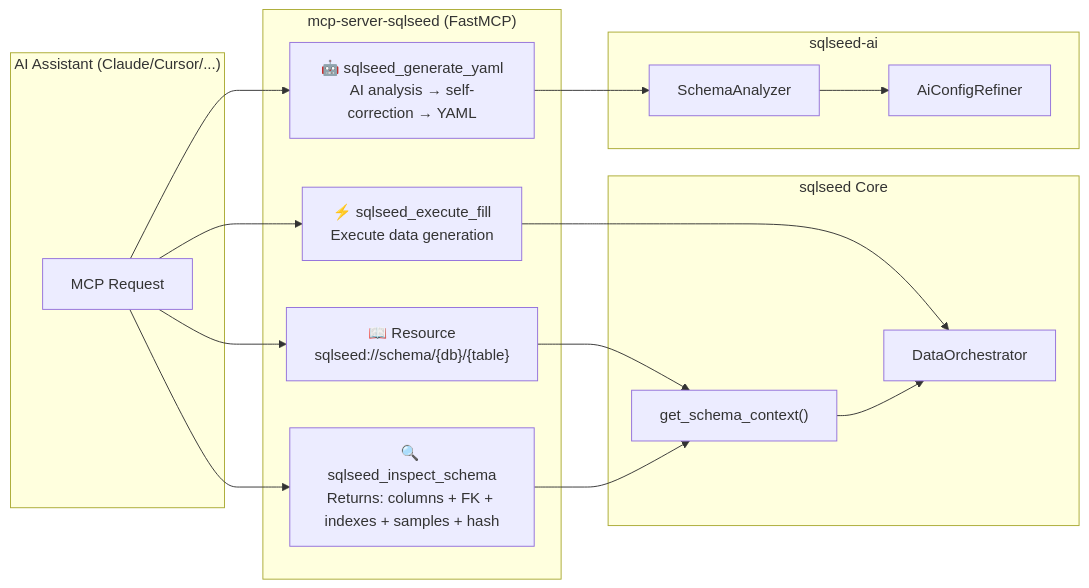
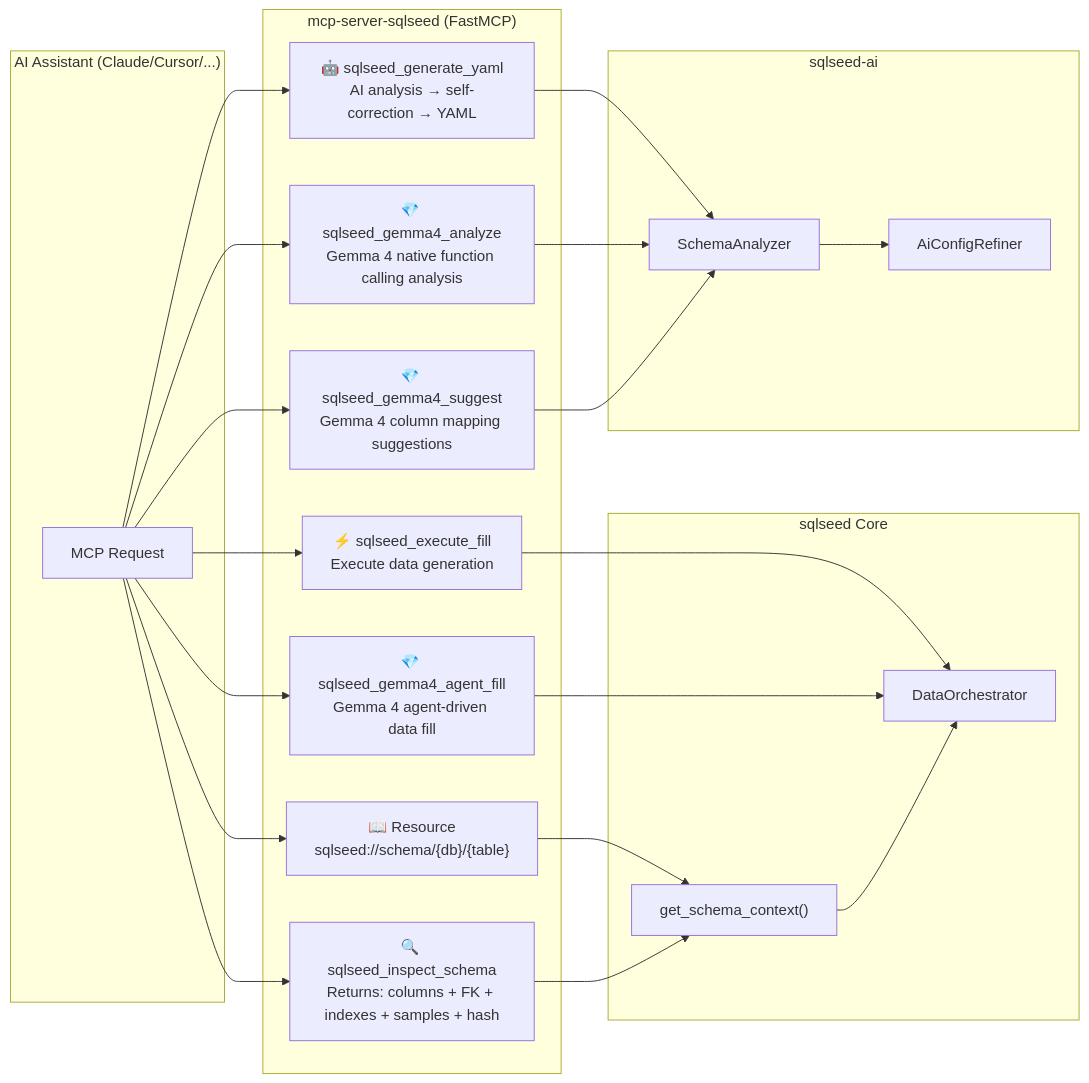
Before and after one commit to sunbos/sqlseed: the tenth of 11 diagrams in docs/architecture.md, drawn with Mermaid. The commit also changed other lines of this file and 22 other files, not shown here.

First line of the commit message:
feat(ai): integrate Gemma 4 with Native Function Calling and multi-backend support

````diff
--- a/docs/architecture.md
+++ b/docs/architecture.md
@@ -617,35 +627,44 @@
 ```mermaid
 flowchart LR
     subgraph Client["AI Assistant (Claude/Cursor/...)"]
         Request["MCP Request"]
     end
 
     subgraph MCPServer["mcp-server-sqlseed (FastMCP)"]
         Resource["📖 Resource<br/>sqlseed://schema/{db}/{table}"]
         Tool1["🔍 sqlseed_inspect_schema<br/>Returns: columns + FK + indexes + samples + hash"]
         Tool2["🤖 sqlseed_generate_yaml<br/>AI analysis → self-correction → YAML"]
         Tool3["⚡ sqlseed_execute_fill<br/>Execute data generation"]
+        Tool4["💎 sqlseed_gemma4_analyze<br/>Gemma 4 native function calling analysis"]
+        Tool5["💎 sqlseed_gemma4_agent_fill<br/>Gemma 4 agent-driven data fill"]
+        Tool6["💎 sqlseed_gemma4_suggest<br/>Gemma 4 column mapping suggestions"]
     end
 
     subgraph SQLSeed["sqlseed Core"]
         Orchestrator["DataOrchestrator"]
         SchemaCtx["get_schema_context()"]
     end
 
     subgraph AIPlugin["sqlseed-ai"]
         SA["SchemaAnalyzer"]
         ACR["AiConfigRefiner"]
     end
 
     Request --> Resource
     Request --> Tool1
     Request --> Tool2
     Request --> Tool3
+    Request --> Tool4
+    Request --> Tool5
+    Request --> Tool6
 
     Resource --> SchemaCtx
     Tool1 --> SchemaCtx
     Tool2 --> SA --> ACR
     Tool3 --> Orchestrator
+    Tool4 --> SA
+    Tool5 --> Orchestrator
+    Tool6 --> SA
 
     SchemaCtx --> Orchestrator
 ```
````
